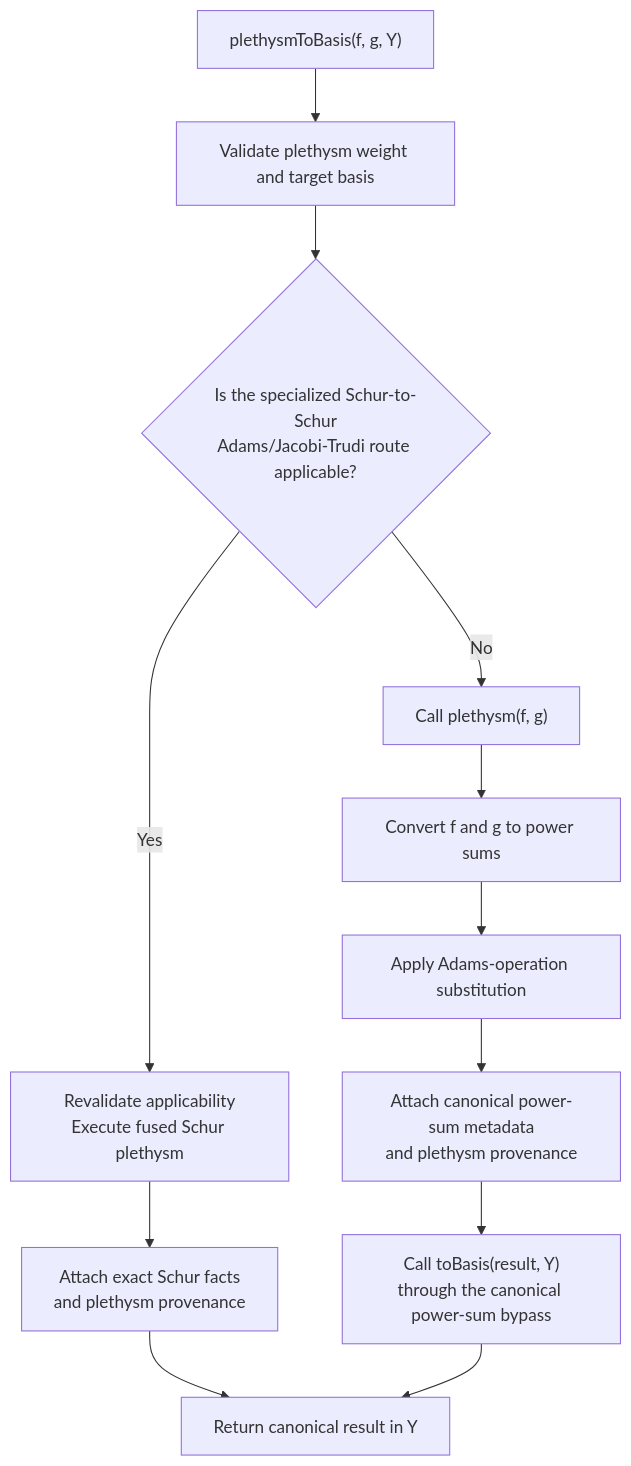
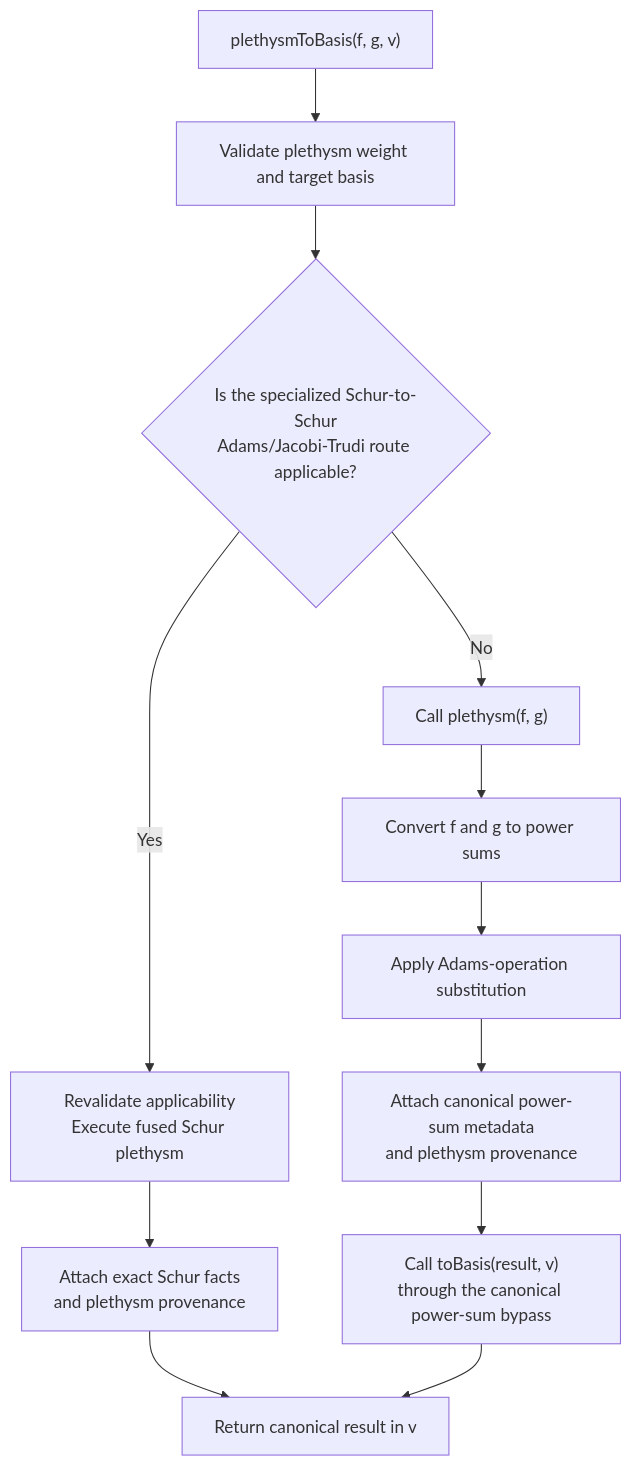
The fourth of 5 diagrams in M2/Macaulay2/e/symmetric-rings/README-pipelines.md (j-graf/M2), drawn with Mermaid before and after one commit. The commit also changed other lines of this file and 12 other files, not shown here.

````diff
--- a/M2/Macaulay2/e/symmetric-rings/README-pipelines.md
+++ b/M2/Macaulay2/e/symmetric-rings/README-pipelines.md
@@ -241,17 +425,17 @@
 ```mermaid
 flowchart TD
-    A["plethysmToBasis(f, g, Y)"] --> V["Validate plethysm weight and target basis"]
+    A["plethysmToBasis(f, g, v)"] --> V["Validate plethysm weight and target basis"]
     V --> B{"Is the specialized Schur-to-Schur<br/>Adams/Jacobi-Trudi route applicable?"}
 
     B -->|"Yes"| S["Revalidate applicability<br/>Execute fused Schur plethysm"]
     S --> SM["Attach exact Schur facts<br/>and plethysm provenance"]
 
     B -->|"No"| C["Call plethysm(f, g)"]
     C --> P1["Convert f and g to power sums"]
     P1 --> P2["Apply Adams-operation substitution"]
     P2 --> P3["Attach canonical power-sum metadata<br/>and plethysm provenance"]
-    P3 --> D["Call toBasis(result, Y)<br/>through the canonical power-sum bypass"]
+    P3 --> D["Call toBasis(result, v)<br/>through the canonical power-sum bypass"]
 
-    SM --> R["Return canonical result in Y"]
+    SM --> R["Return canonical result in v"]
     D --> R
 ```
````
